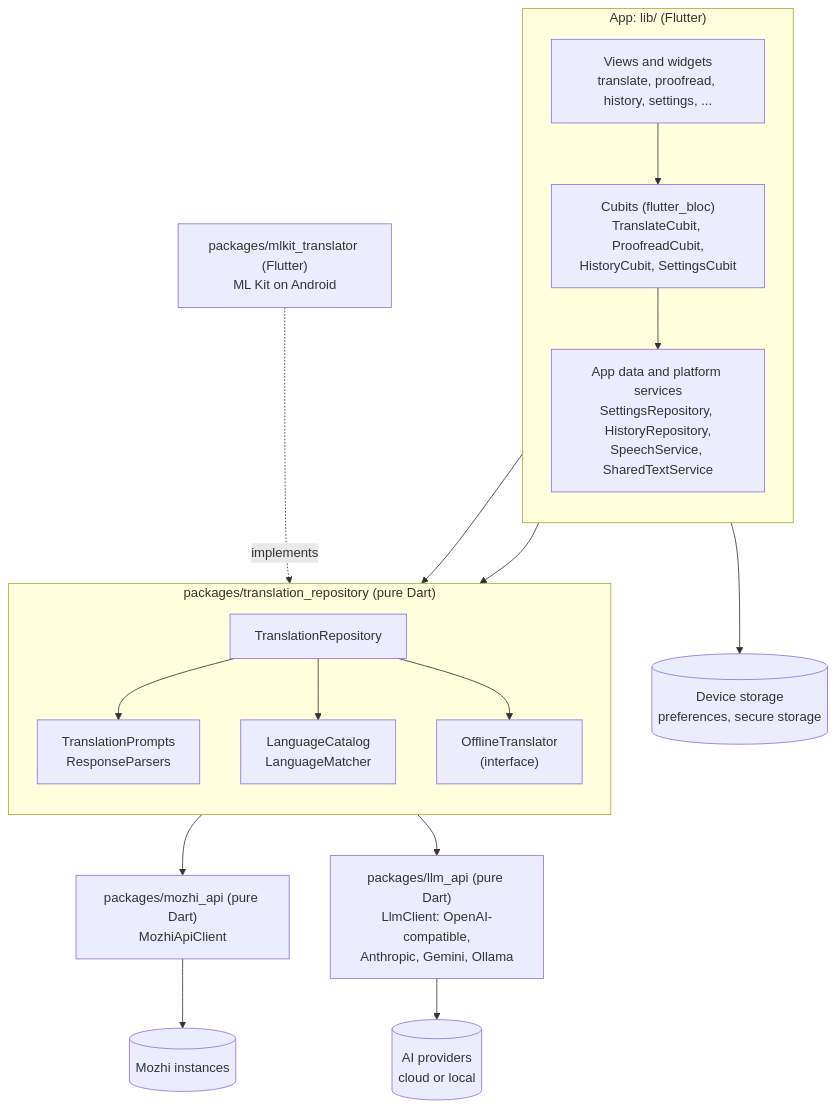
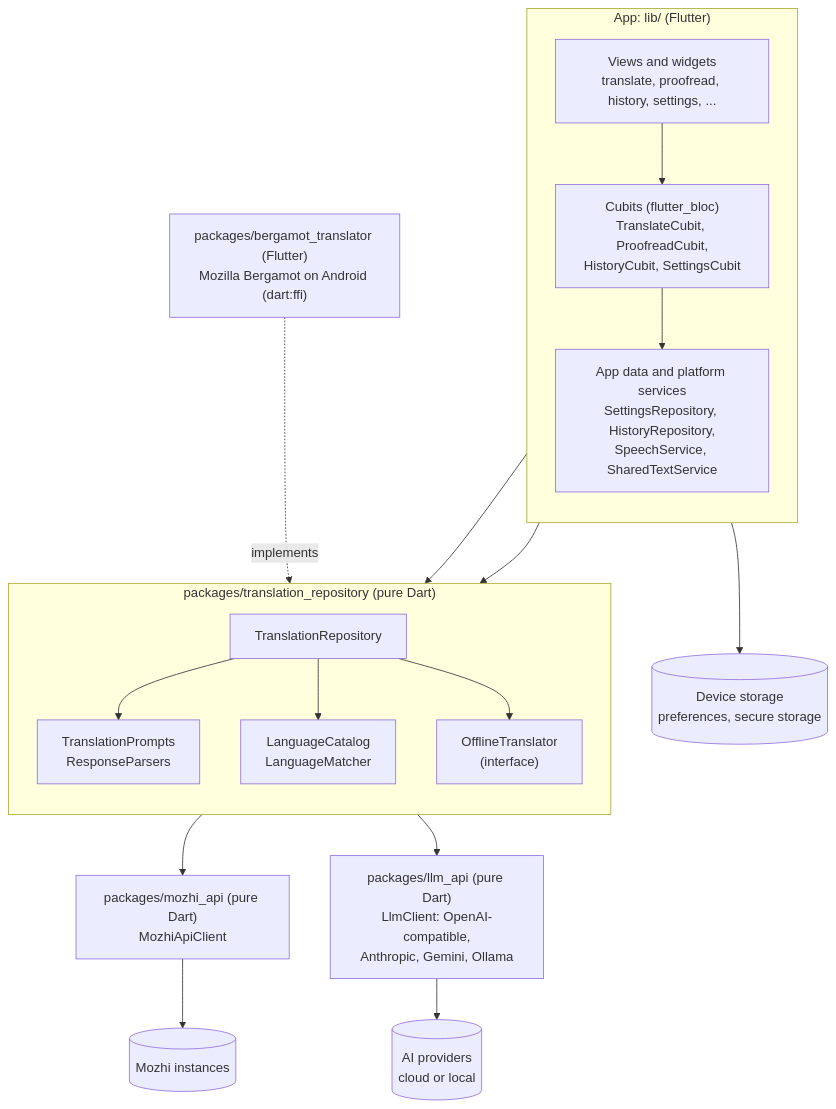
Before and after one commit to Aimdi/Mozhi: the first of 2 diagrams in docs/architecture.md, drawn with Mermaid. The commit also changed other lines of this file and 13 other files, not shown here.

````diff
--- a/docs/architecture.md
+++ b/docs/architecture.md
@@ -17,40 +17,40 @@
 ```mermaid
 flowchart TB
   subgraph app["App: lib/ (Flutter)"]
     direction TB
     views["Views and widgets<br/>translate, proofread, history, settings, ..."]
     cubits["Cubits (flutter_bloc)<br/>TranslateCubit, ProofreadCubit,<br/>HistoryCubit, SettingsCubit"]
     services["App data and platform services<br/>SettingsRepository, HistoryRepository,<br/>SpeechService, SharedTextService"]
     views --> cubits
     cubits --> services
   end
 
   subgraph domain["packages/translation_repository (pure Dart)"]
     direction TB
     repo["TranslationRepository"]
     prompts["TranslationPrompts<br/>ResponseParsers"]
     catalog["LanguageCatalog<br/>LanguageMatcher"]
     offline["OfflineTranslator<br/>(interface)"]
     repo --> prompts
     repo --> catalog
     repo --> offline
   end
 
   mozhiapi["packages/mozhi_api (pure Dart)<br/>MozhiApiClient"]
   llmapi["packages/llm_api (pure Dart)<br/>LlmClient: OpenAI-compatible,<br/>Anthropic, Gemini, Ollama"]
-  mlkit["packages/mlkit_translator (Flutter)<br/>ML Kit on Android"]
+  bergamot["packages/bergamot_translator (Flutter)<br/>Mozilla Bergamot on Android (dart:ffi)"]
 
   cubits --> repo
   services --> repo
   repo --> mozhiapi
   repo --> llmapi
-  mlkit -. implements .-> offline
+  bergamot -. implements .-> offline
 
   storage[("Device storage<br/>preferences, secure storage")]
   instances[("Mozhi instances")]
   providers[("AI providers<br/>cloud or local")]
 
   services --> storage
   mozhiapi --> instances
   llmapi --> providers
 ```
````
